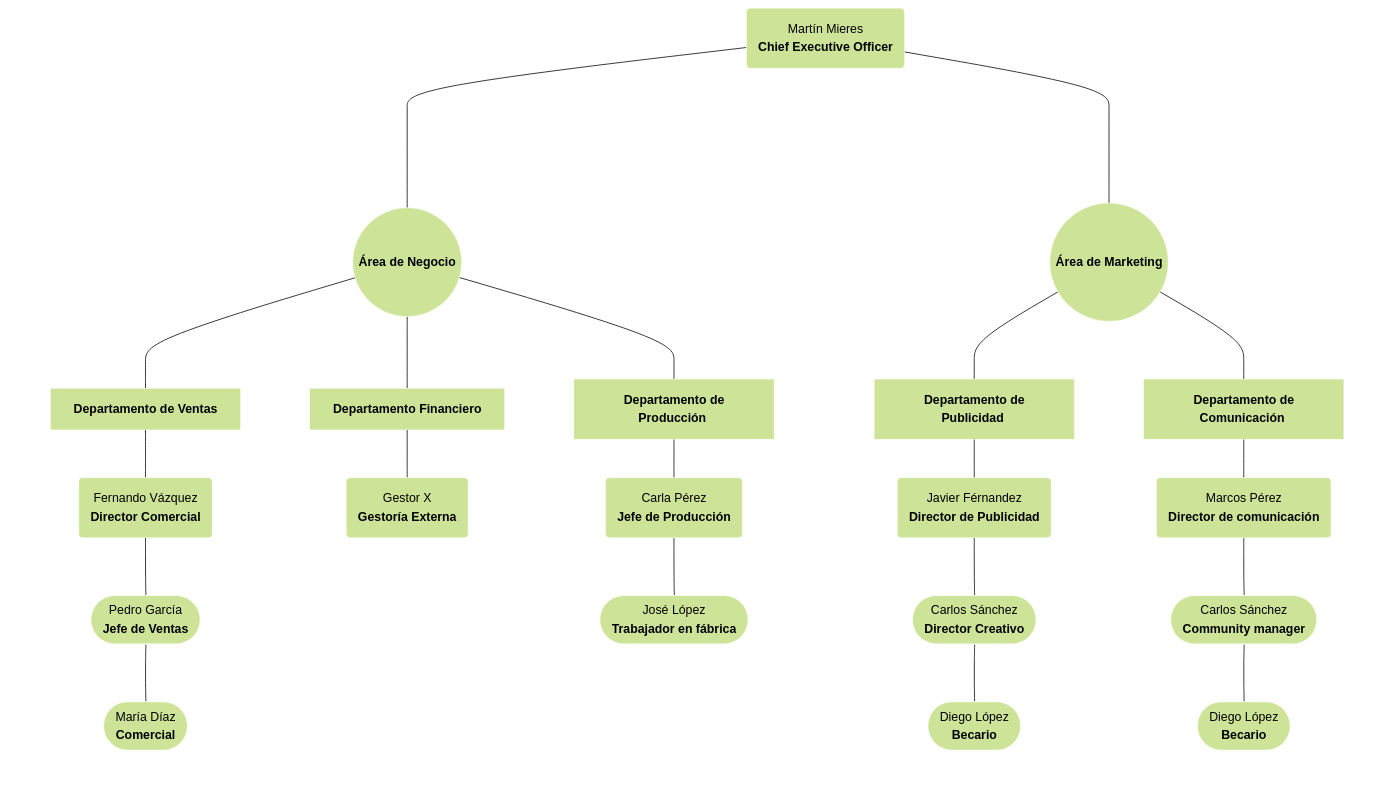
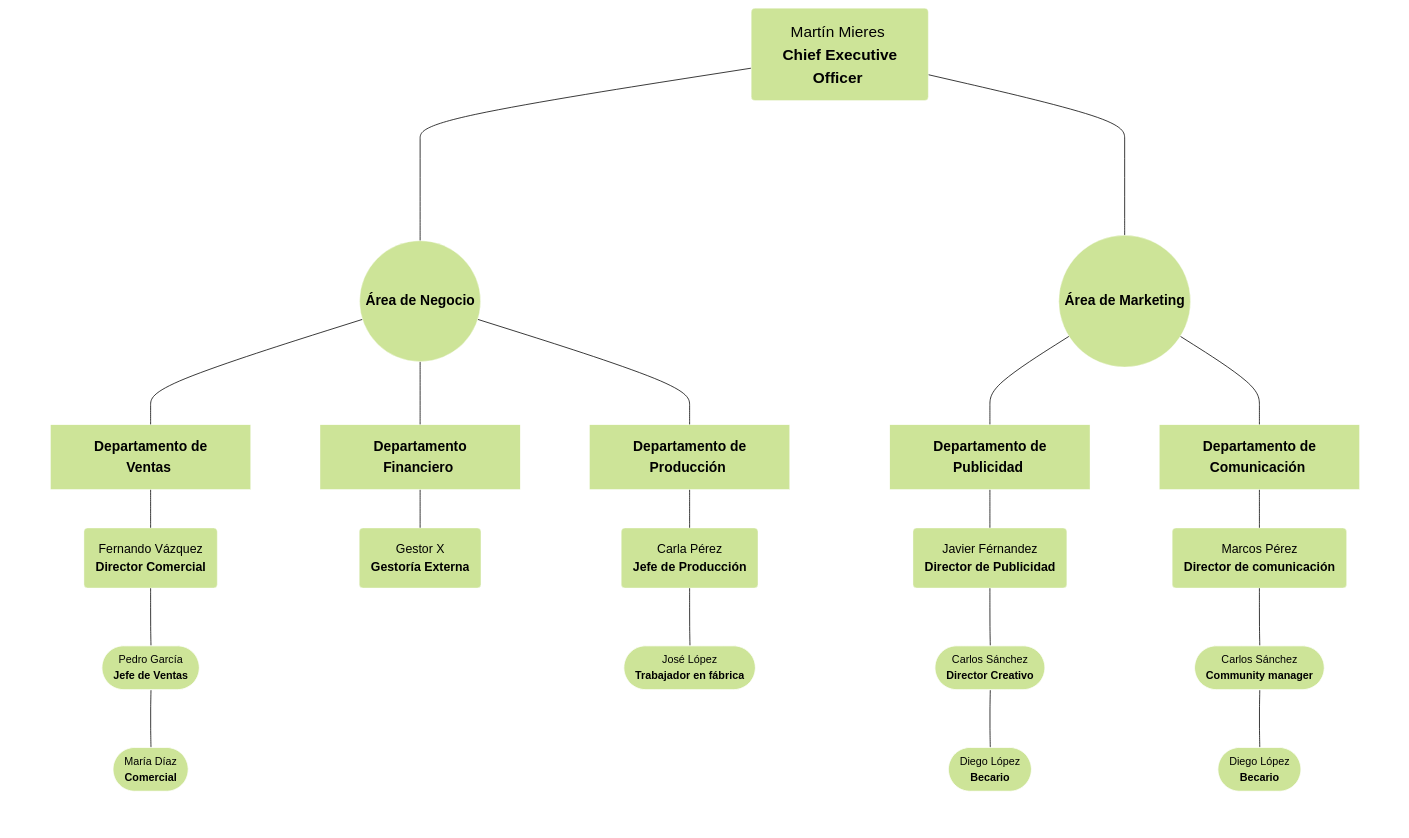
The diagram in README.md (MiguelEstebanG/diagram), drawn with Mermaid (forest theme) before and after one commit.

```diff
--- a/README.md
+++ b/README.md
@@ -3,12 +3,12 @@
 
 graph TD;
 
-    classDef integrantes fill:#ff, stroke:#fff, stroke-width:0.5px;
-    classDef departamento fill:none, stroke:none, font-size:18px;
-    classDef area fill:#ff, stroke:#fff, stroke-width:0.5px;
-    classDef subdpto fill:#ff, stroke:#fff, stroke-width:0.5px; 
-    classDef integrantes2 fill:#ff, stroke:#fff, stroke-width:0.5px;
-    classDef integrantes3 fill:#ff, stroke:#fff, stroke-width:0.5px;
+    classDef integrantes fill:#ff, stroke:#fff, stroke-width:0.5px, font-size: 20px;
+    classDef departamento fill:none, stroke:none;
+    classDef area fill:#ff, stroke:#fff, stroke-width:0.5px, font-size: 18px;
+    classDef subdpto fill:#ff, stroke:#fff, stroke-width:0.5px, font-size: 18px; 
+    classDef integrantes2 fill:#ff, stroke:#fff, stroke-width:0.5px, font-size: 16px;
+    classDef integrantes3 fill:#ff, stroke:#fff, stroke-width:0.5px, font-size: 14px;
 
     
 
```
